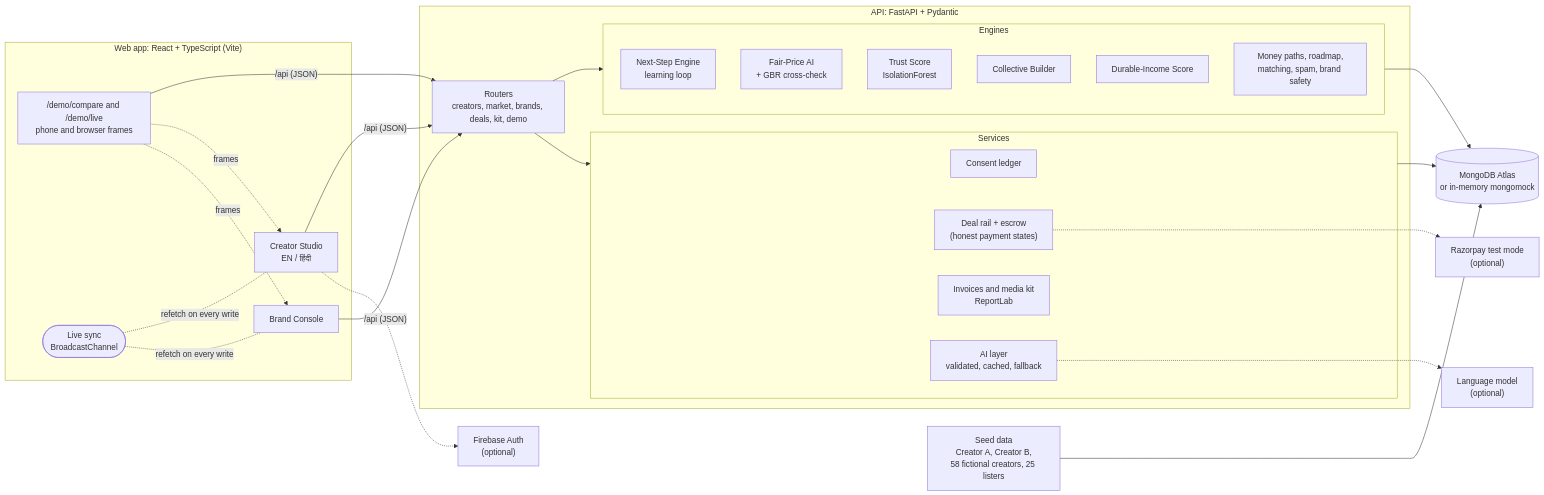
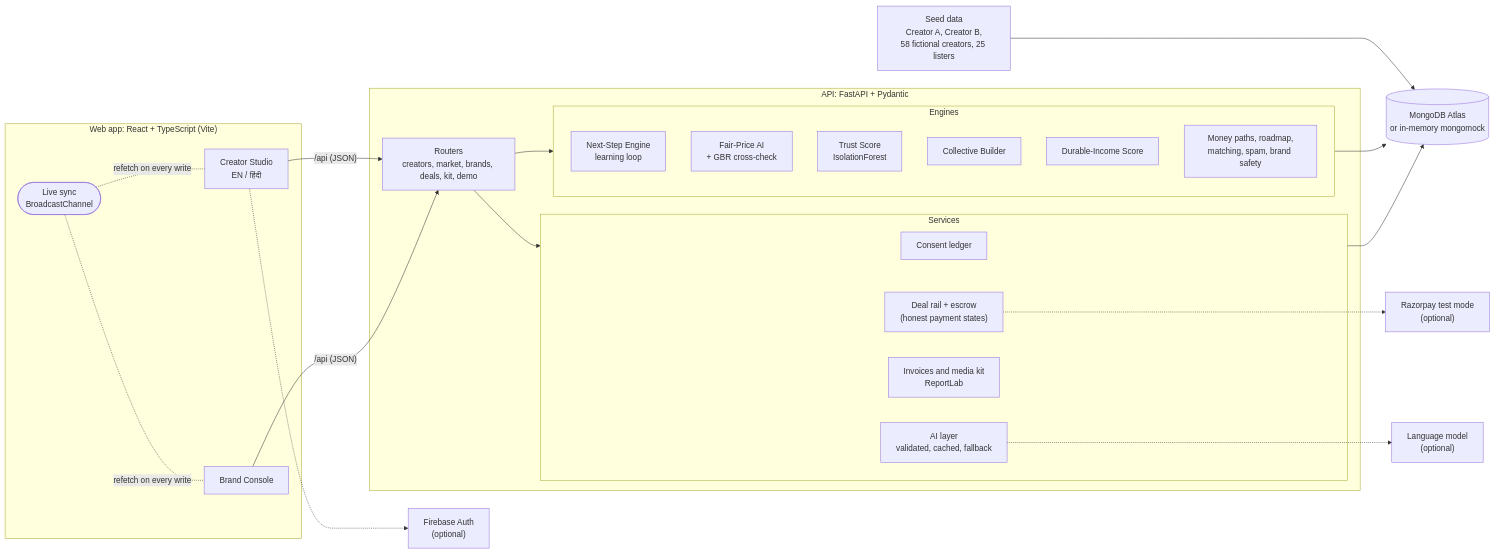
The diagram in README.md (KeshavMishra0139/DealMeet-AI), drawn with Mermaid before and after one commit. The commit also changed other lines of this file and 19 other files, not shown here.

````diff
--- a/README.md
+++ b/README.md
@@ -144,43 +143,41 @@
 ```mermaid
 flowchart LR
   subgraph WEB["Web app: React + TypeScript (Vite)"]
     CS["Creator Studio<br/>EN / हिंदी"]
     BC["Brand Console"]
-    DEMO["/demo/compare and /demo/live<br/>phone and browser frames"]
     SYNC(["Live sync<br/>BroadcastChannel"])
   end
 
   subgraph API["API: FastAPI + Pydantic"]
     ROUTES["Routers<br/>creators, market, brands, deals, kit, demo"]
     subgraph ENG["Engines"]
       NS["Next-Step Engine<br/>learning loop"]
       FP["Fair-Price AI<br/>+ GBR cross-check"]
       TR["Trust Score<br/>IsolationForest"]
       COL["Collective Builder"]
       DI["Durable-Income Score"]
       MP["Money paths, roadmap,<br/>matching, spam, brand safety"]
     end
     subgraph SVC["Services"]
       CON["Consent ledger"]
       RAIL["Deal rail + escrow<br/>(honest payment states)"]
       PDF["Invoices and media kit<br/>ReportLab"]
       AI["AI layer<br/>validated, cached, fallback"]
     end
   end
 
   DB[("MongoDB Atlas<br/>or in-memory mongomock")]
   SEED["Seed data<br/>Creator A, Creator B,<br/>58 fictional creators, 25 listers"]
   LLM["Language model<br/>(optional)"]
   PAY["Razorpay test mode<br/>(optional)"]
   FB["Firebase Auth<br/>(optional)"]
 
-  CS & BC & DEMO -->|"/api (JSON)"| ROUTES
-  DEMO -.->|frames| CS & BC
+  CS & BC -->|"/api (JSON)"| ROUTES
   SYNC -.-|refetch on every write| CS & BC
   ROUTES --> ENG & SVC
   ENG & SVC --> DB
   SEED --> DB
   AI -.-> LLM
   RAIL -.-> PAY
   CS -.-> FB
 ```
````
